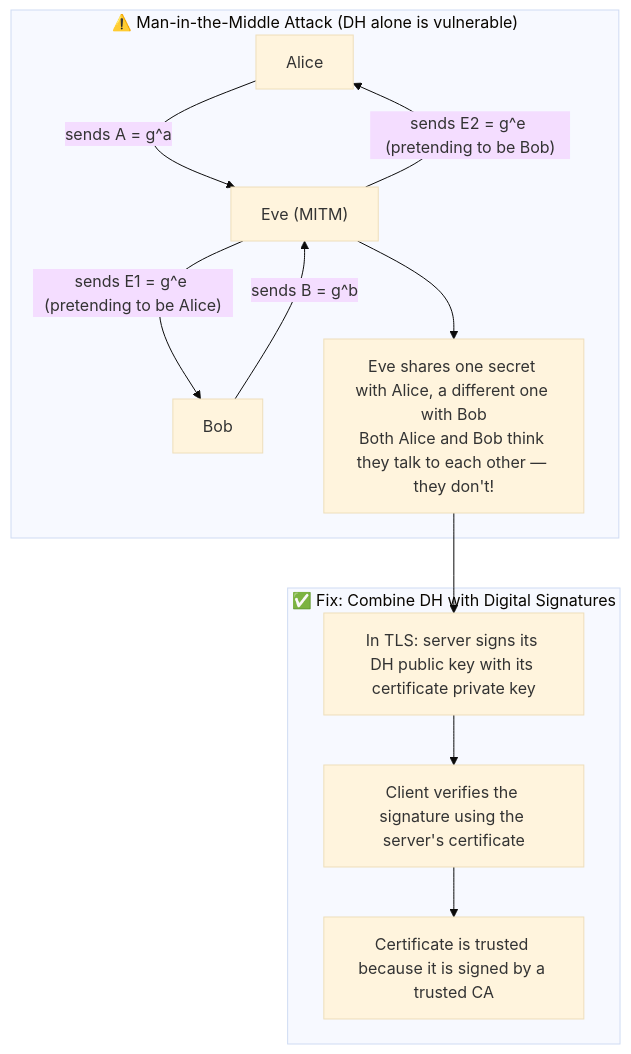
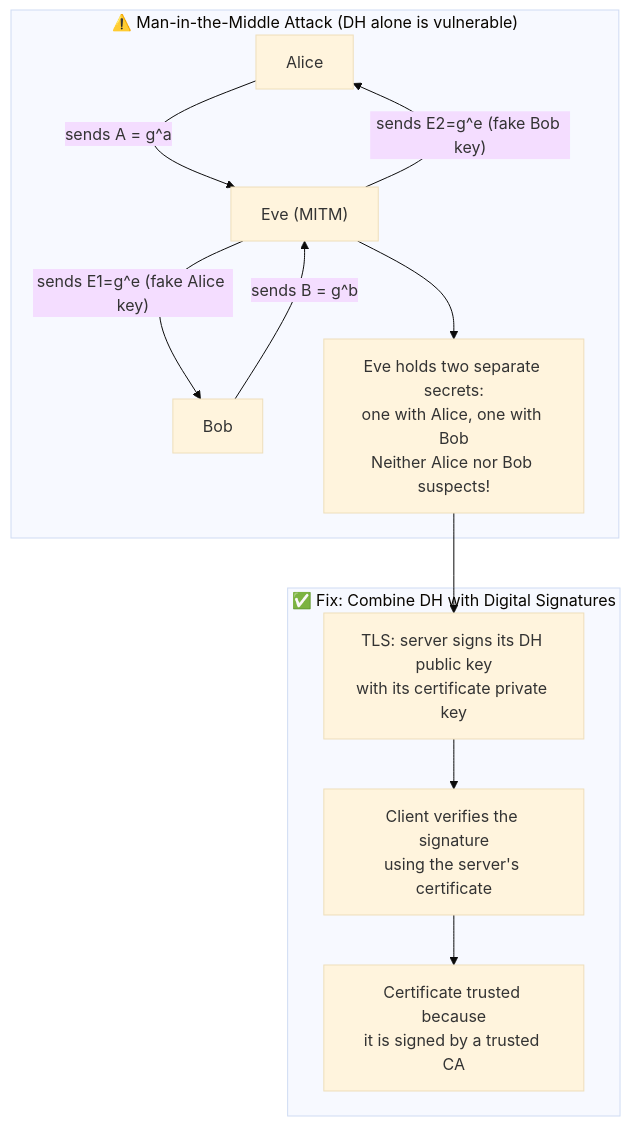
One commit to csoares/SecurityJava changed the third of 5 diagrams in src/main/java/security/keyexchange/README.md. Above: the diagram before and after it, drawn with Mermaid (base theme). The commit also changed 10 other files, not shown here.

Commit message:
Refine README diagrams and descriptions for clarity and accuracy

````diff
--- a/src/main/java/security/keyexchange/README.md
+++ b/src/main/java/security/keyexchange/README.md
@@ -59,22 +59,22 @@
 ```mermaid
 flowchart TD
     subgraph MITM ["⚠️ Man-in-the-Middle Attack (DH alone is vulnerable)"]
         ALICE["Alice"]
         EVE["Eve (MITM)"]
         BOB["Bob"]
         ALICE -->|"sends A = g^a"| EVE
-        EVE -->|"sends E1 = g^e (pretending to be Alice)"| BOB
+        EVE -->|"sends E1=g^e (fake Alice key)"| BOB
         BOB -->|"sends B = g^b"| EVE
-        EVE -->|"sends E2 = g^e (pretending to be Bob)"| ALICE
-        EVE --> NOTE["Eve shares one secret with Alice, a different one with Bob<br/>Both Alice and Bob think they talk to each other — they don't!"]
+        EVE -->|"sends E2=g^e (fake Bob key)"| ALICE
+        EVE --> NOTE["Eve holds two separate secrets:<br/>one with Alice, one with Bob<br/>Neither Alice nor Bob suspects!"]
     end
 
     subgraph Fix ["✅ Fix: Combine DH with Digital Signatures"]
-        F1["In TLS: server signs its DH public key with its certificate private key"]
-        F2["Client verifies the signature using the server's certificate"]
-        F3["Certificate is trusted because it is signed by a trusted CA"]
+        F1["TLS: server signs its DH public key<br/>with its certificate private key"]
+        F2["Client verifies the signature<br/>using the server's certificate"]
+        F3["Certificate trusted because<br/>it is signed by a trusted CA"]
         F1 --> F2 --> F3
     end
 
     NOTE --> F1
 ```
````
